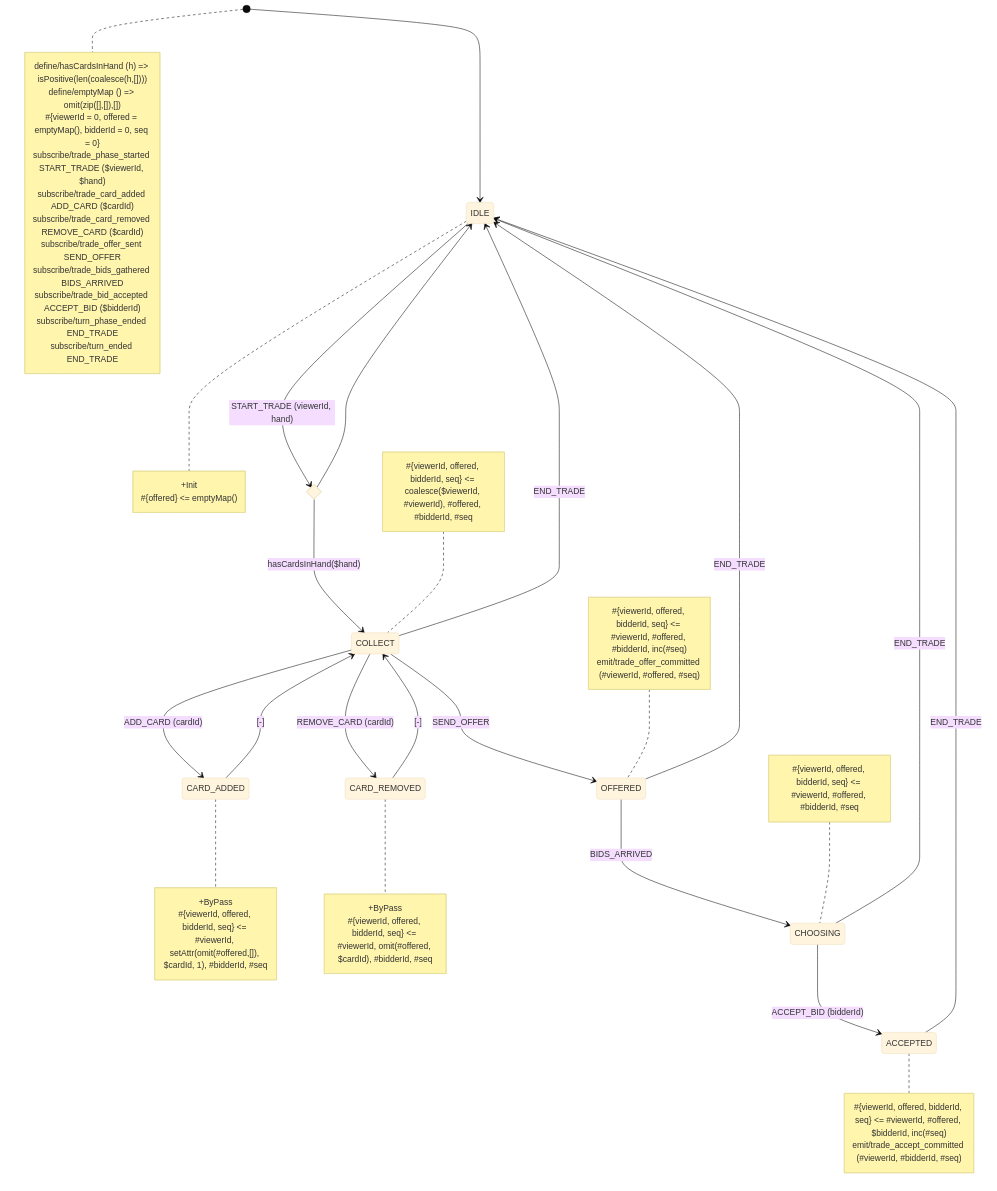
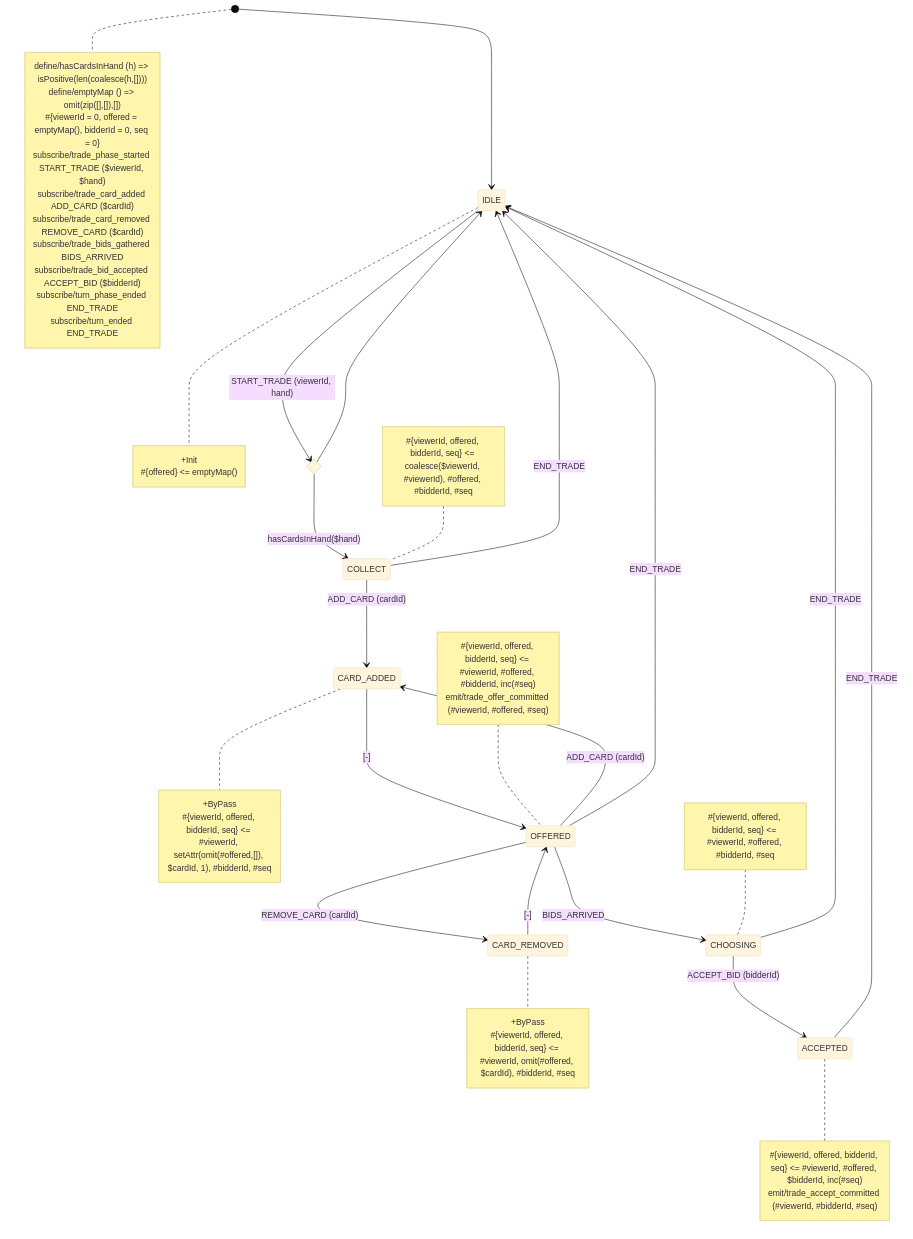
Before and after one commit to tfcp68/battle-farm: the diagram in src/shared/lib/fsm/diagrams/trading.mermaid, drawn with Mermaid (base theme). The commit also changed 16 other files, not shown here.

```diff
--- a/src/shared/lib/fsm/diagrams/trading.mermaid
+++ b/src/shared/lib/fsm/diagrams/trading.mermaid
@@ -1,64 +1,63 @@
 stateDiagram-v2
     [*] --> IDLE
     state hasCards <<choice>>
     IDLE --> hasCards: START_TRADE (viewerId, hand)
     hasCards --> COLLECT: hasCardsInHand($hand)
     hasCards --> IDLE
     COLLECT --> CARD_ADDED: ADD_CARD (cardId)
-    CARD_ADDED --> COLLECT: [-]
-    COLLECT --> CARD_REMOVED: REMOVE_CARD (cardId)
-    CARD_REMOVED --> COLLECT: [-]
-    COLLECT --> OFFERED: SEND_OFFER
+    CARD_ADDED --> OFFERED: [-]
+    OFFERED --> CARD_ADDED: ADD_CARD (cardId)
+    OFFERED --> CARD_REMOVED: REMOVE_CARD (cardId)
+    CARD_REMOVED --> OFFERED: [-]
     OFFERED --> CHOOSING: BIDS_ARRIVED
     CHOOSING --> ACCEPTED: ACCEPT_BID (bidderId)
     COLLECT --> IDLE: END_TRADE
     OFFERED --> IDLE: END_TRADE
     CHOOSING --> IDLE: END_TRADE
     ACCEPTED --> IDLE: END_TRADE
 
 note right of IDLE
 +Init
 #{offered} <= emptyMap()
 end note
 
 note right of [*]
 define/hasCardsInHand (h) => isPositive(len(coalesce(h,[])))
 define/emptyMap () => omit(zip([],[]),[])
 #{viewerId = 0, offered = emptyMap(), bidderId = 0, seq = 0}
 subscribe/trade_phase_started START_TRADE ($viewerId, $hand)
 subscribe/trade_card_added ADD_CARD ($cardId)
 subscribe/trade_card_removed REMOVE_CARD ($cardId)
-subscribe/trade_offer_sent SEND_OFFER
 subscribe/trade_bids_gathered BIDS_ARRIVED
 subscribe/trade_bid_accepted ACCEPT_BID ($bidderId)
 subscribe/turn_phase_ended END_TRADE
 subscribe/turn_ended END_TRADE
 end note
 
 note left of COLLECT
 #{viewerId, offered, bidderId, seq} <= coalesce($viewerId, #viewerId), #offered, #bidderId, #seq
 end note
 
 note right of CARD_ADDED
 +ByPass
 #{viewerId, offered, bidderId, seq} <= #viewerId, setAttr(omit(#offered,[]), $cardId, 1), #bidderId, #seq
 end note
 
 note right of CARD_REMOVED
 +ByPass
 #{viewerId, offered, bidderId, seq} <= #viewerId, omit(#offered, $cardId), #bidderId, #seq
 end note
 
 note left of OFFERED
 #{viewerId, offered, bidderId, seq} <= #viewerId, #offered, #bidderId, inc(#seq)
 emit/trade_offer_committed (#viewerId, #offered, #seq)
 end note
 
 note left of CHOOSING
 #{viewerId, offered, bidderId, seq} <= #viewerId, #offered, #bidderId, #seq
 end note
 
 note right of ACCEPTED
 #{viewerId, offered, bidderId, seq} <= #viewerId, #offered, $bidderId, inc(#seq)
 emit/trade_accept_committed (#viewerId, #bidderId, #seq)
 end note
```
